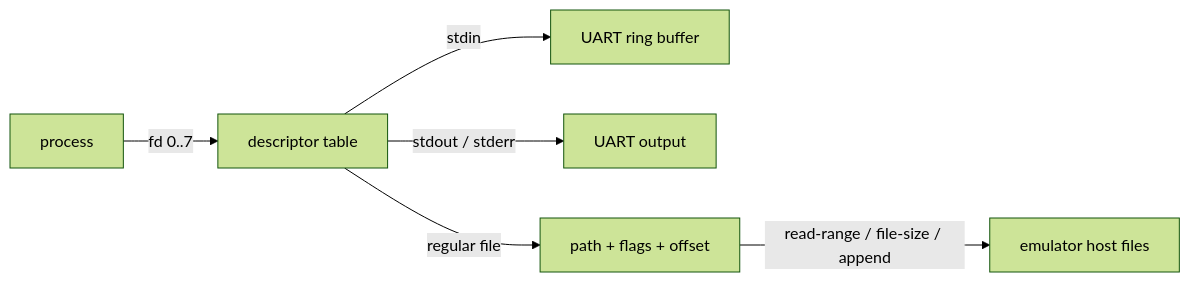
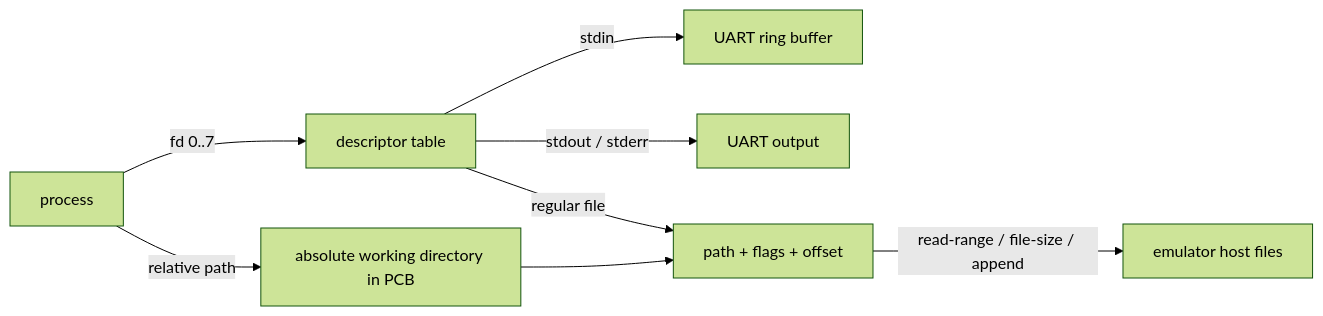
One commit to matthejue/Pico-OS_Presentation changed the seventh of 8 diagrams in slides.md. Above: the diagram before and after it, drawn with Mermaid (forest theme). The commit also changed other lines of this file and 7 other files, not shown here.

````diff
--- a/slides.md
+++ b/slides.md
@@ -782,8 +941,10 @@
 ```mermaid
 flowchart LR
     P[process] -->|fd 0..7| T[descriptor table]
     T -->|stdin| U[UART ring buffer]
     T -->|stdout / stderr| O[UART output]
     T -->|regular file| F[path + flags + offset]
     F -->|read-range / file-size / append| H[emulator host files]
+    P -->|relative path| C[absolute working directory in PCB]
+    C --> F
 ```
````
